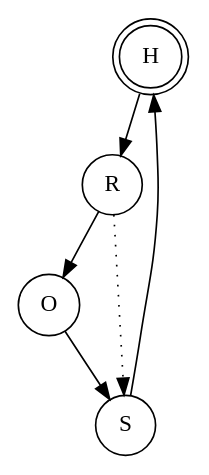
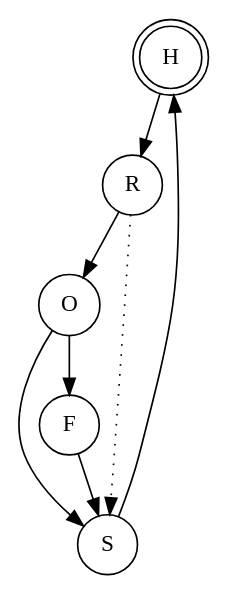
The diagram in home/yuri/doc/transition_rules/states.dot (sunlixin-conac/opendnssec-workflow-test), drawn with Graphviz before and after one commit. The commit also changed 3 other files, not shown here.

```diff
--- a/home/yuri/doc/transition_rules/states.dot
+++ b/home/yuri/doc/transition_rules/states.dot
@@ -1,11 +1,13 @@
 digraph {
     node [shape = doublecircle]; H;
     node [shape = circle];
 
     H->R;
     R->O;
     O->S;
     S->H;
 
+    O->F->S
+
     R->S [ style = "dotted" ];    
 }
```
